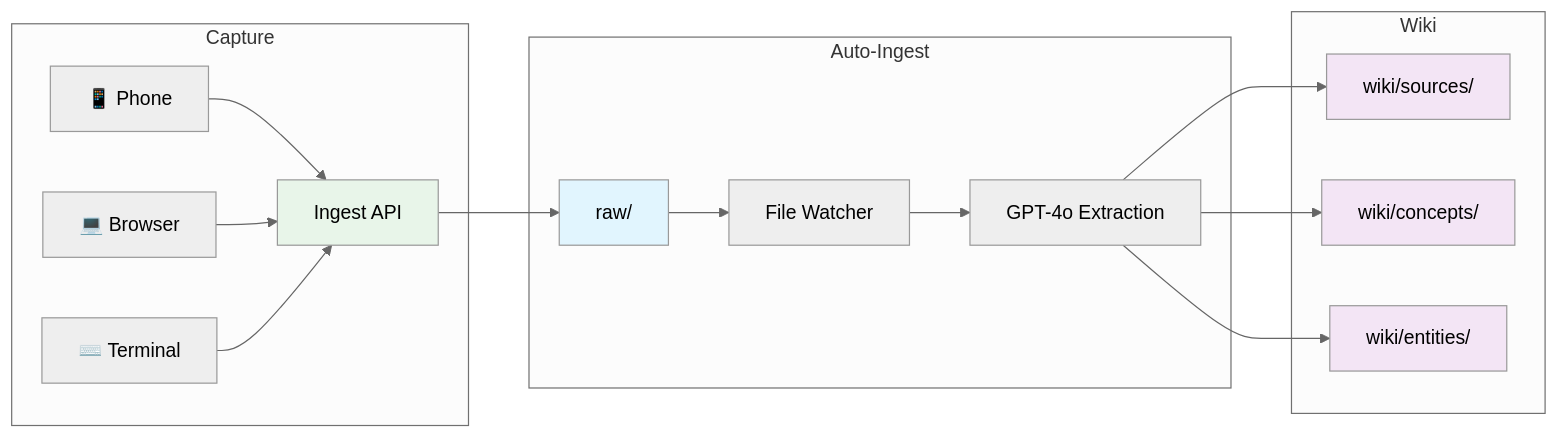
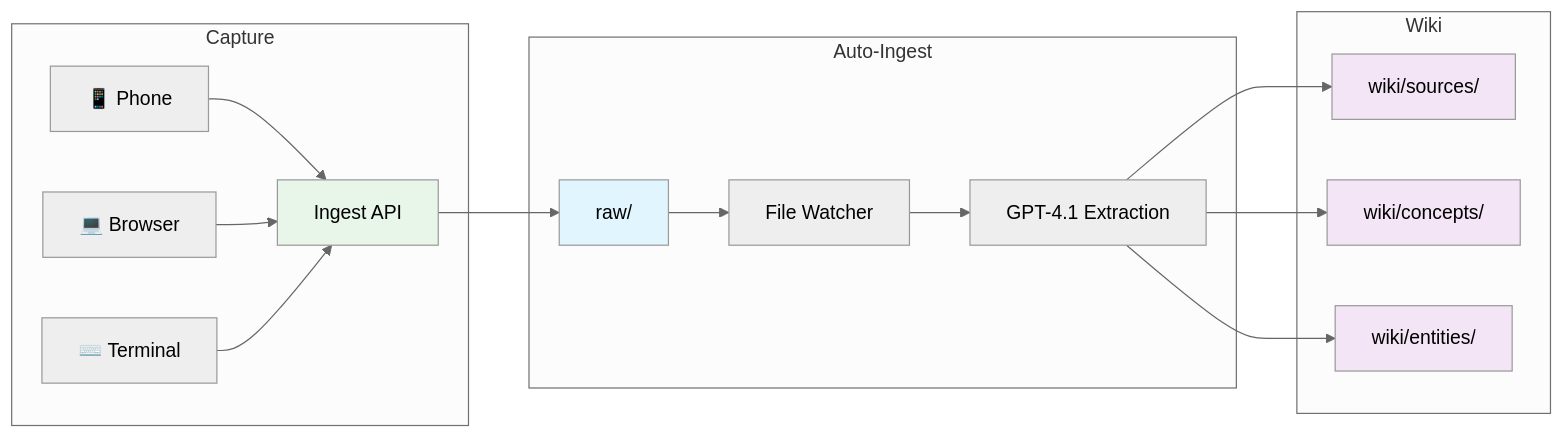
Before and after one commit to jbl306/labs-wiki: the diagram in README.md, drawn with Mermaid (neutral theme). The commit also changed other lines of this file and 3 other files, not shown here.

````diff
--- a/README.md
+++ b/README.md
@@ -7,26 +7,26 @@
 ```mermaid
 graph LR
     subgraph "Capture"
         P[📱 Phone] --> API[Ingest API]
         B[💻 Browser] --> API
         T[⌨️ Terminal] --> API
     end
 
     subgraph "Auto-Ingest"
         API --> RAW[raw/]
         RAW --> W[File Watcher]
-        W --> LLM[GPT-4o Extraction]
+        W --> LLM[GPT-4.1 Extraction]
     end
 
     subgraph "Wiki"
         LLM --> S[wiki/sources/]
         LLM --> C[wiki/concepts/]
         LLM --> E[wiki/entities/]
     end
 
     style RAW fill:#e1f5fe
     style S fill:#f3e5f5
     style C fill:#f3e5f5
     style E fill:#f3e5f5
     style API fill:#e8f5e9
 ```
````
